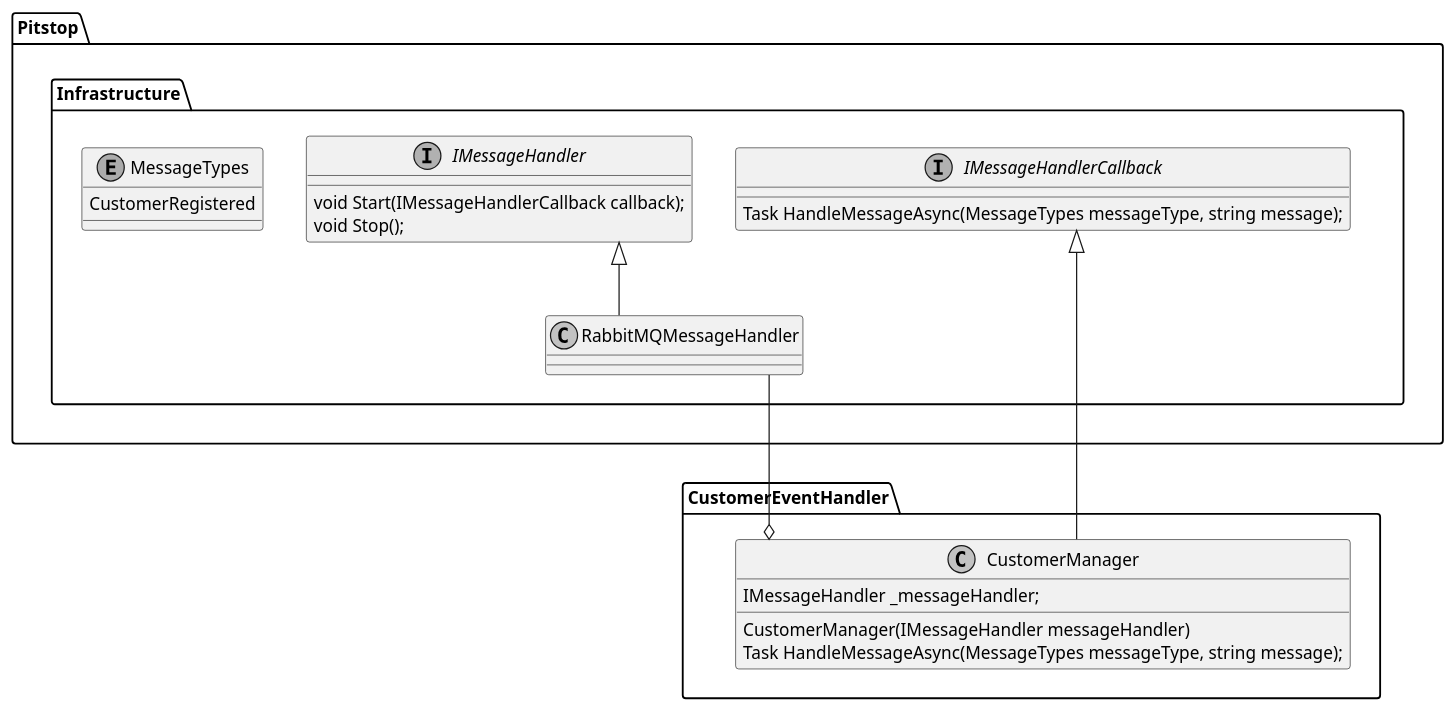
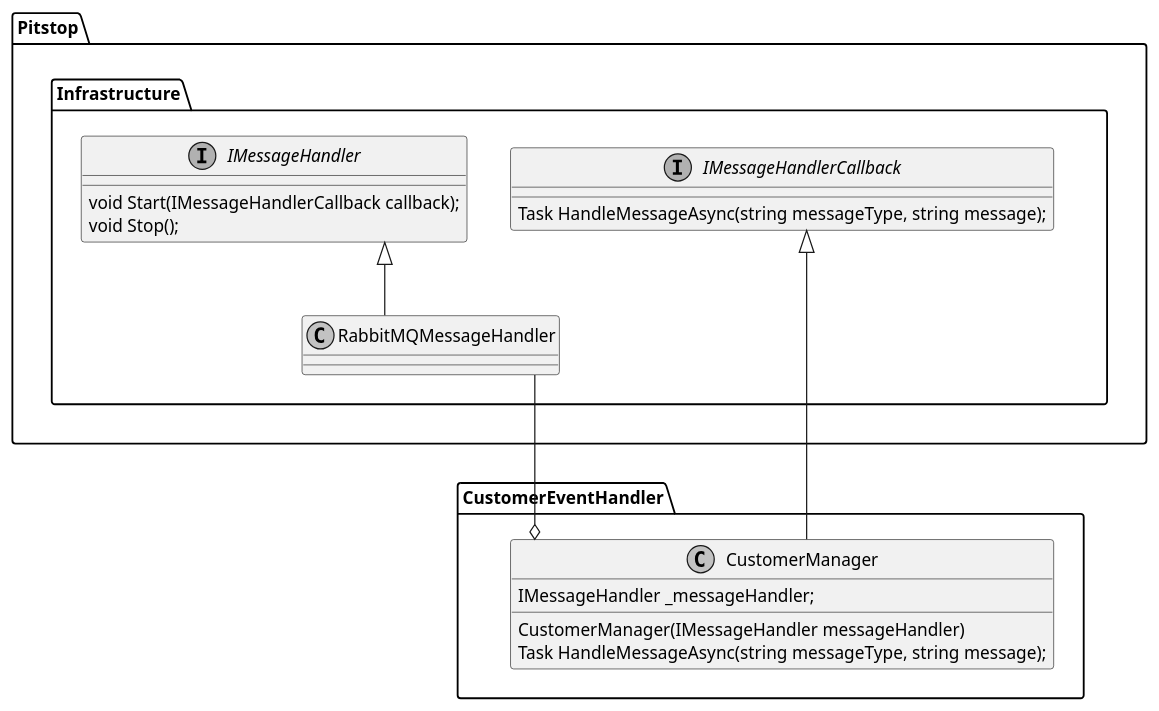
One commit to EdwinVW/pitstop changed the diagram in workshop/img/messaging-cd.puml. Above: the diagram before and after it, drawn with PlantUML. The commit also changed 2 other files, not shown here.

```diff
--- a/workshop/img/messaging-cd.puml
+++ b/workshop/img/messaging-cd.puml
@@ -1,38 +1,34 @@
 @startuml
 
 skinparam monochrome true
 skinparam linetype ortho
 
 package Pitstop.Infrastructure {
     interface IMessageHandlerCallback {
-        Task HandleMessageAsync(MessageTypes messageType, string message);
+        Task HandleMessageAsync(string messageType, string message);
     }
 
     interface IMessageHandler {
         void Start(IMessageHandlerCallback callback);
         void Stop();
     }
 
     class RabbitMQMessageHandler {
     }
-
-    enum MessageTypes {
-        CustomerRegistered
-    }
 }
 
 package CustomerEventHandler {
     class CustomerManager {
         IMessageHandler _messageHandler;
         CustomerManager(IMessageHandler messageHandler)
-        Task HandleMessageAsync(MessageTypes messageType, string message);
+        Task HandleMessageAsync(string messageType, string message);
     }
 }
 
 Pitstop.Infrastructure -[hidden]--> CustomerEventHandler
 
 IMessageHandlerCallback <|-- CustomerManager 
 RabbitMQMessageHandler --o CustomerManager 
 IMessageHandler <|-- RabbitMQMessageHandler
 
 @enduml
```
